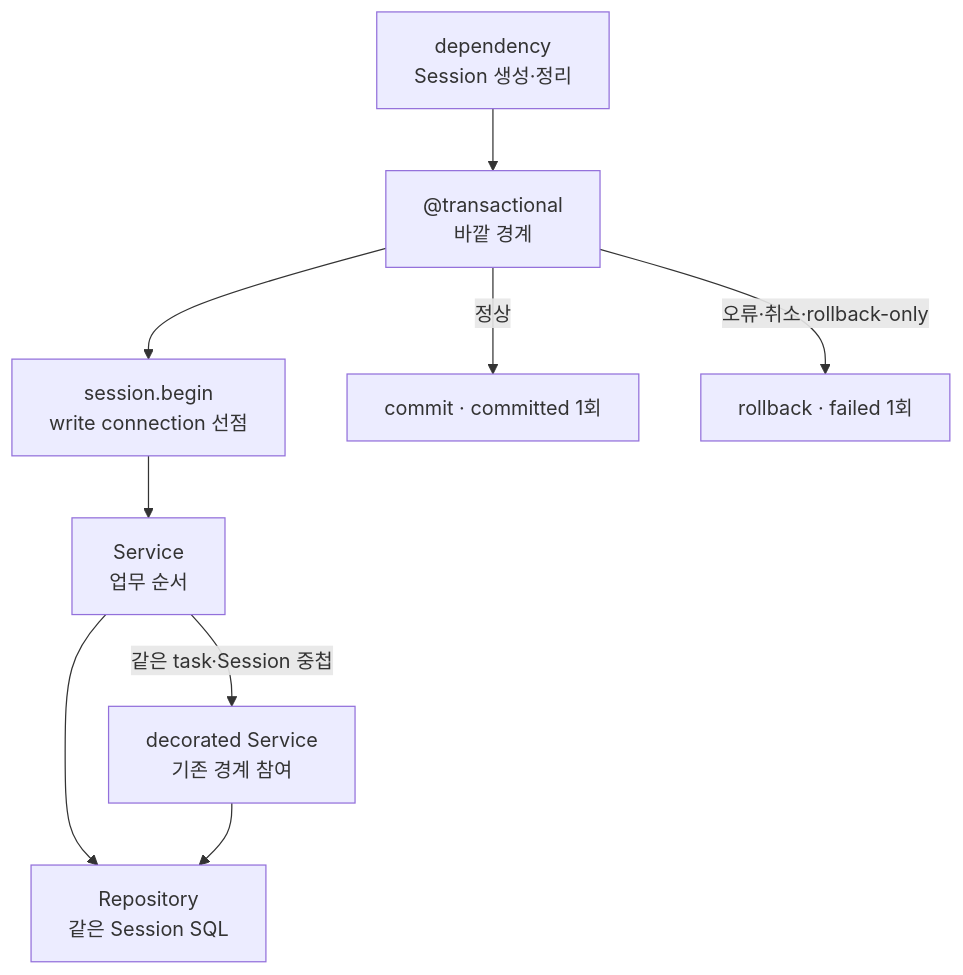
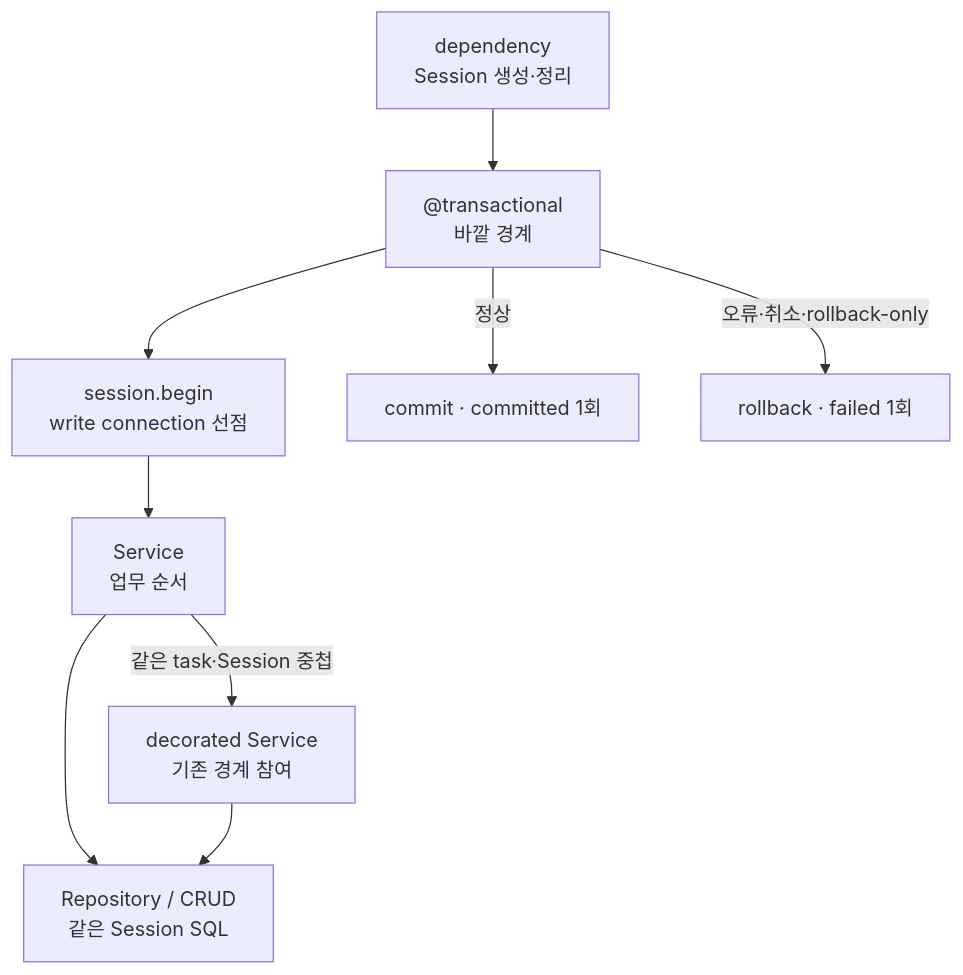
The diagram in design/implementations/transaction-boundaries.md (Dae-Jeong/BackendTemplate), drawn with Mermaid before and after one commit. The commit also changed 12 other files, not shown here.

````diff
--- a/design/implementations/transaction-boundaries.md
+++ b/design/implementations/transaction-boundaries.md
@@ -21,11 +21,11 @@
 ```mermaid
 flowchart TD
     DEP["dependency<br/>Session 생성·정리"] --> DEC["@transactional<br/>바깥 경계"]
     DEC --> BEGIN["session.begin<br/>write connection 선점"]
     BEGIN --> SVC["Service<br/>업무 순서"]
-    SVC --> REPO["Repository<br/>같은 Session SQL"]
+    SVC --> REPO["Repository / CRUD<br/>같은 Session SQL"]
     SVC -->|"같은 task·Session 중첩"| JOIN["decorated Service<br/>기존 경계 참여"]
     JOIN --> REPO
     DEC -->|"정상"| COMMIT["commit · committed 1회"]
     DEC -->|"오류·취소·rollback-only"| FAIL["rollback · failed 1회"]
 ```
````
